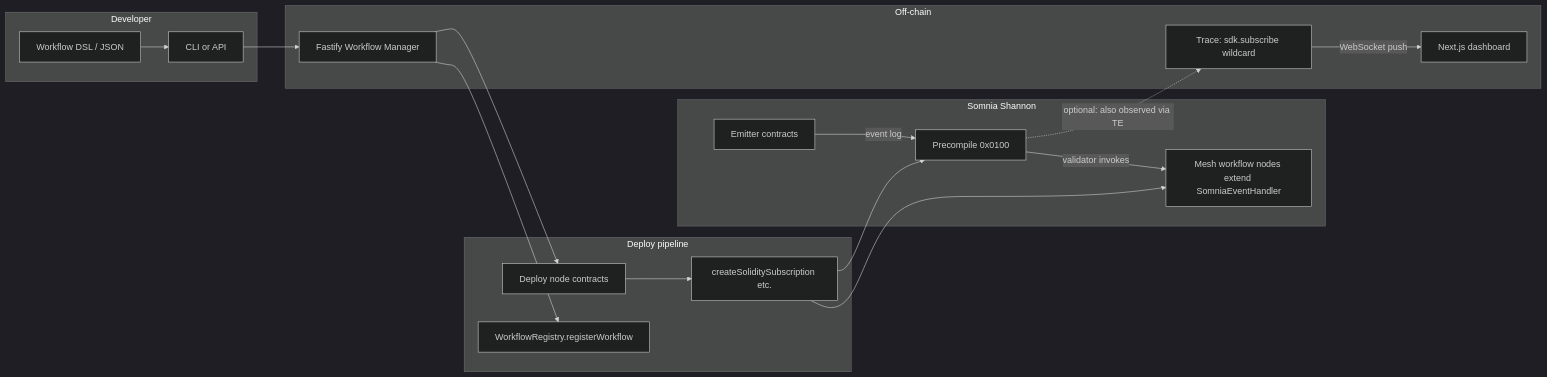
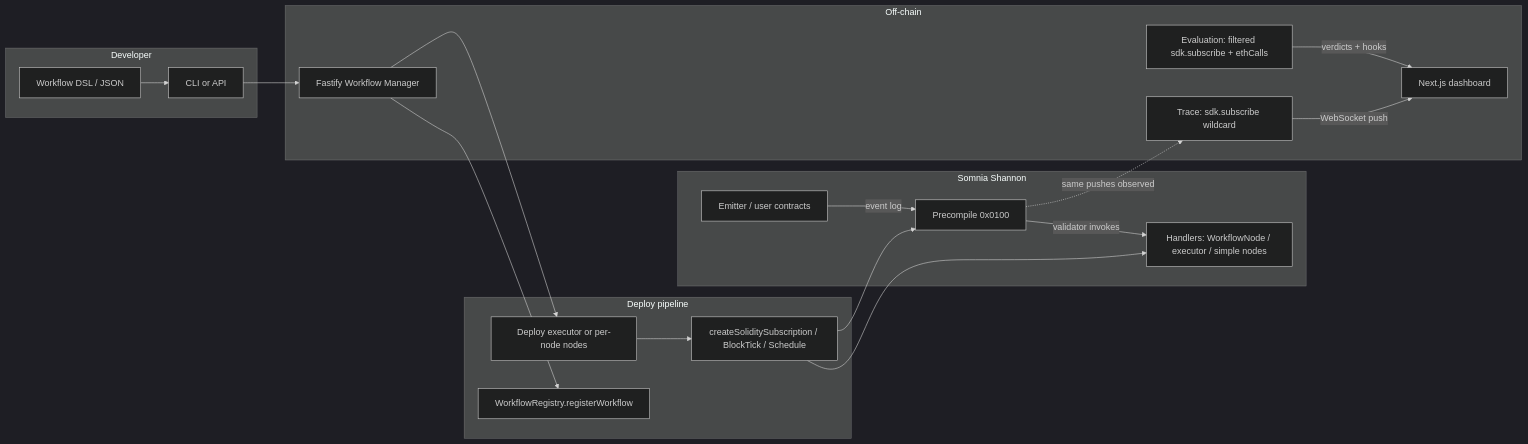
Before and after one commit to SamFelix03/Mesh: the diagram in README.md, drawn with Mermaid (dark theme). The commit also changed other lines of this file and 2 other files, not shown here.

First line of the commit message:
feat: update README and demo workflow JSONs for clarity and usability

````diff
--- a/README.md
+++ b/README.md
@@ -75,33 +89,35 @@
 ```mermaid
 flowchart LR
   subgraph dev [Developer]
     DSL[Workflow DSL / JSON]
     CLI[CLI or API]
   end
   subgraph compile [Deploy pipeline]
-    DEP[Deploy node contracts]
-    SUB[createSoliditySubscription etc.]
+    DEP[Deploy executor or per-node nodes]
+    SUB[createSoliditySubscription / BlockTick / Schedule]
     REG[WorkflowRegistry.registerWorkflow]
   end
   subgraph chain [Somnia Shannon]
-    EM[Emitter contracts]
+    EM[Emitter / user contracts]
     PC[Precompile 0x0100]
-    H[Mesh workflow nodes extend SomniaEventHandler]
+    H[Handlers: WorkflowNode / executor / simple nodes]
   end
   subgraph off [Off-chain]
     API[Fastify Workflow Manager]
     TE[Trace: sdk.subscribe wildcard]
+    EV[Evaluation: filtered sdk.subscribe + ethCalls]
     UI[Next.js dashboard]
   end
   DSL --> CLI
   CLI --> API
   API --> DEP
   DEP --> SUB
   SUB --> PC
   SUB --> H
   EM -->|event log| PC
   PC -->|validator invokes| H
   API --> REG
   TE -->|WebSocket push| UI
-  PC -.->|optional: also observed via TE| TE
+  EV -->|verdicts + hooks| UI
+  PC -.->|same pushes observed| TE
 ```
````
